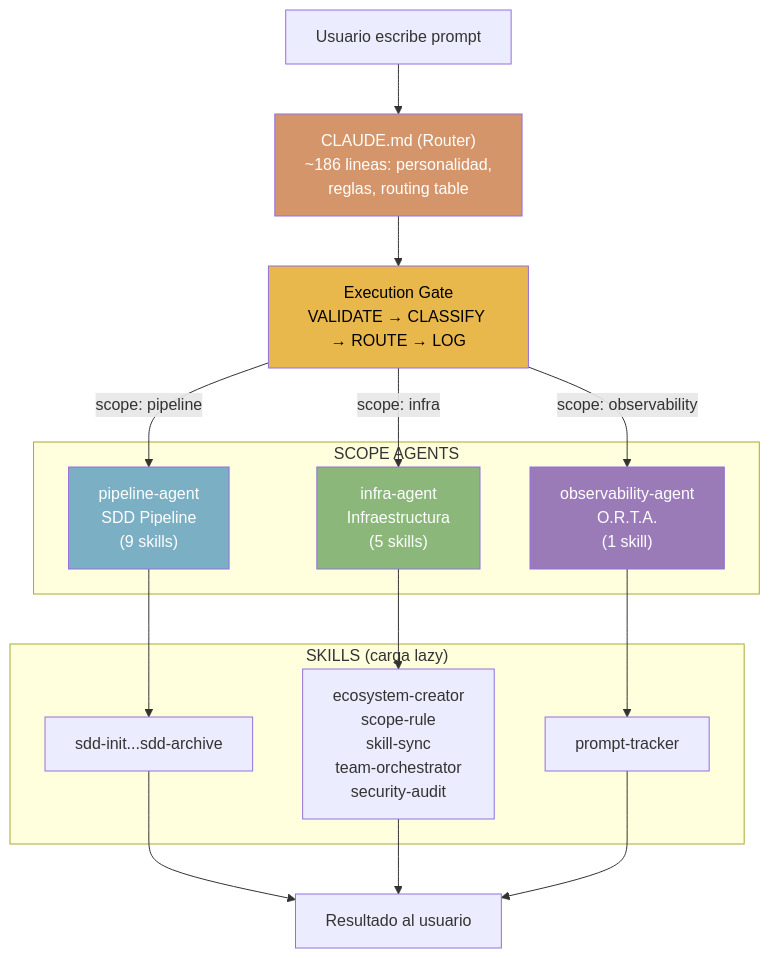
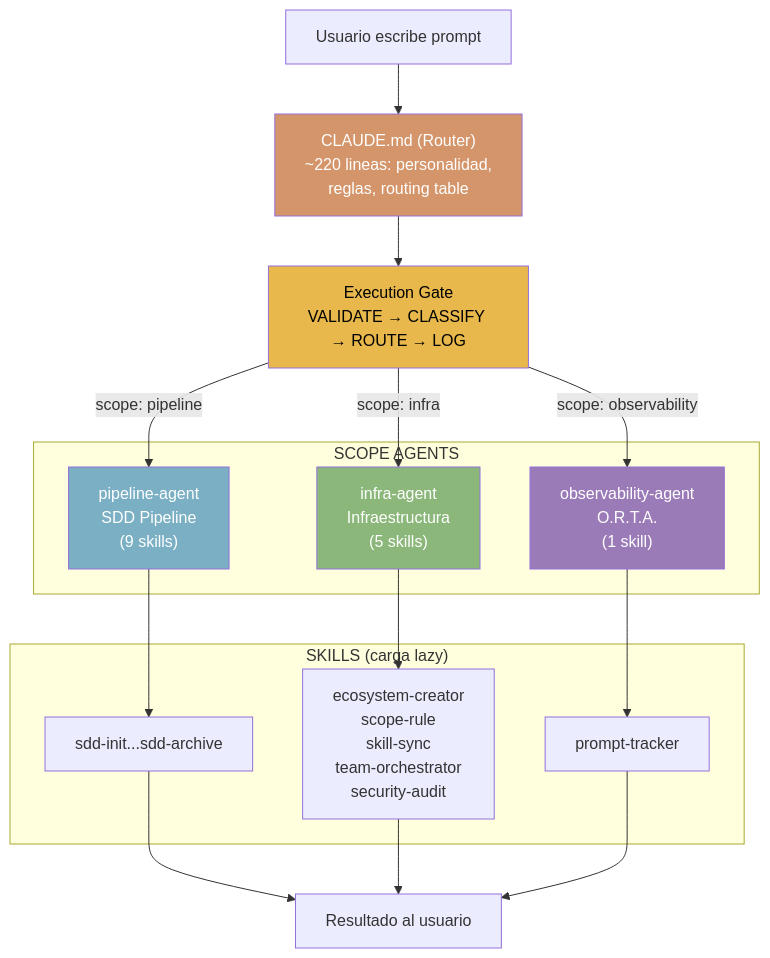
One commit to jota-batuta/batuta-dots changed the second of 23 diagrams in docs/architecture/arquitectura-diagrama.md. Above: the diagram before and after it, drawn with Mermaid. The commit also changed other lines of this file and 6 other files, not shown here.

````diff
--- a/docs/architecture/arquitectura-diagrama.md
+++ b/docs/architecture/arquitectura-diagrama.md
@@ -61,37 +61,37 @@
 ```mermaid
 flowchart TD
     USER["Usuario escribe prompt"]
     GATE["Execution Gate<br/>VALIDATE → CLASSIFY → ROUTE → LOG"]
-    ROUTER["CLAUDE.md (Router)<br/>~186 lineas: personalidad,<br/>reglas, routing table"]
+    ROUTER["CLAUDE.md (Router)<br/>~220 lineas: personalidad,<br/>reglas, routing table"]
 
     subgraph AGENTS["SCOPE AGENTS"]
         PIPELINE["pipeline-agent<br/>SDD Pipeline<br/>(9 skills)"]
         INFRA["infra-agent<br/>Infraestructura<br/>(5 skills)"]
         OBS["observability-agent<br/>O.R.T.A.<br/>(1 skill)"]
     end
 
     subgraph SKILLS["SKILLS (carga lazy)"]
         SDD["sdd-init...sdd-archive"]
         ECO["ecosystem-creator<br/>scope-rule<br/>skill-sync<br/>team-orchestrator<br/>security-audit"]
         PROMPT["prompt-tracker"]
     end
 
     RESULT["Resultado al usuario"]
 
     USER --> ROUTER --> GATE
     GATE -->|"scope: pipeline"| PIPELINE
     GATE -->|"scope: infra"| INFRA
     GATE -->|"scope: observability"| OBS
     PIPELINE --> SDD
     INFRA --> ECO
     OBS --> PROMPT
     SDD --> RESULT
     ECO --> RESULT
     PROMPT --> RESULT
 
     style ROUTER fill:#D4956A,color:#fff
     style GATE fill:#E8B84D,color:#000
     style PIPELINE fill:#7AAFC4,color:#fff
     style INFRA fill:#8BB87A,color:#fff
     style OBS fill:#9B7AB8,color:#fff
 ```
````
